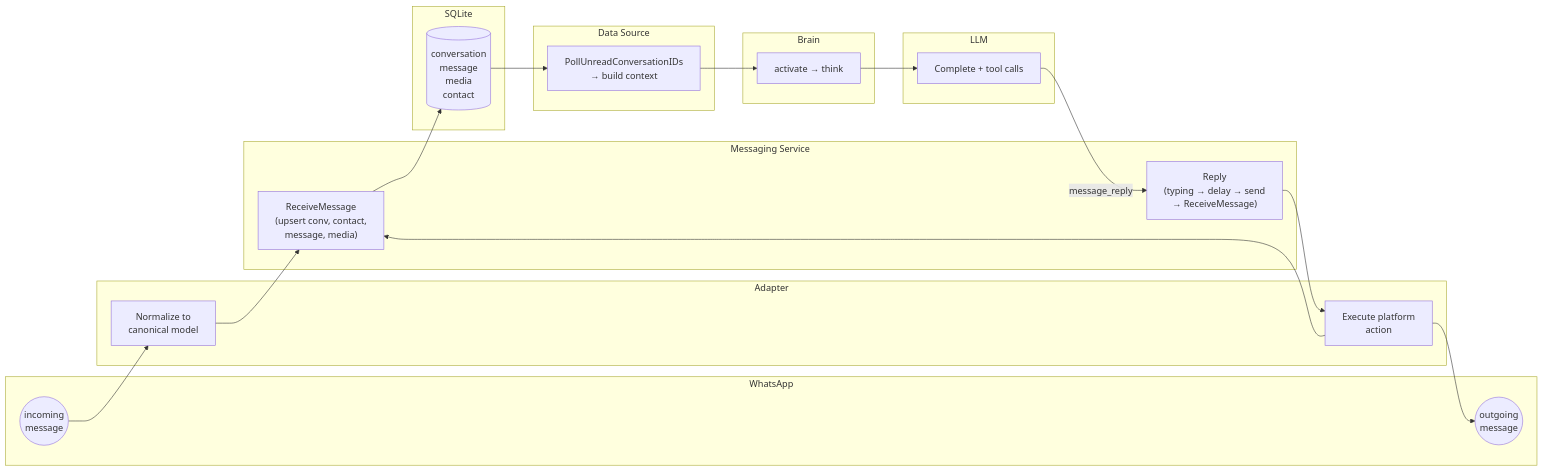
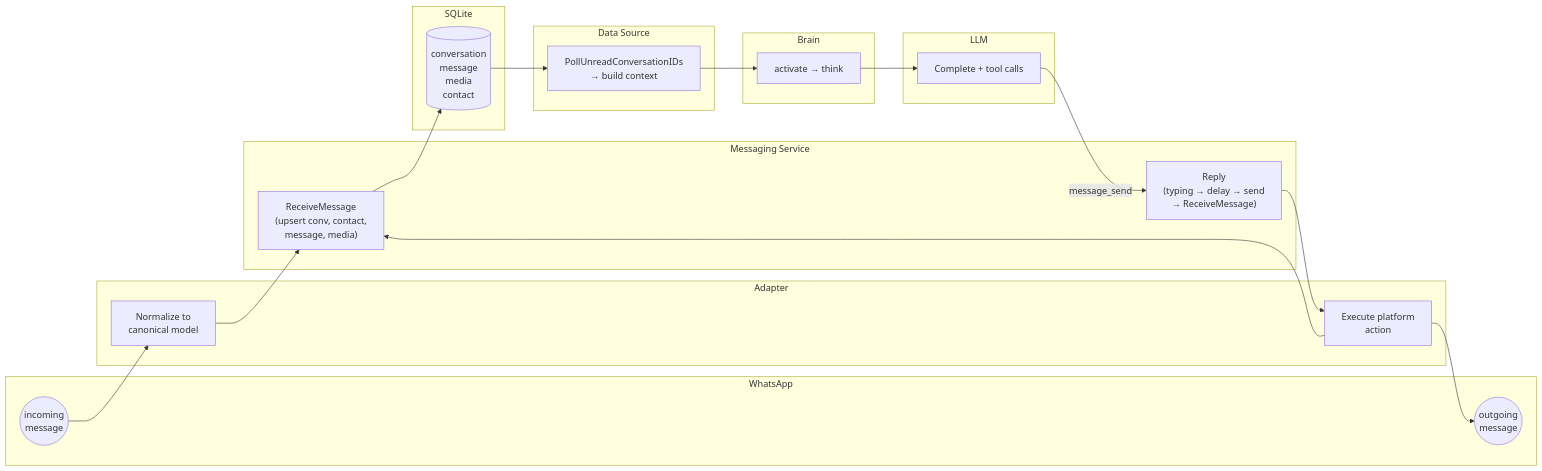
One commit to kilianc/nik changed the second of 2 diagrams in README.md. Above: the diagram before and after it, drawn with Mermaid. The commit also changed other lines of this file and 12 other files, not shown here.

First line of the commit message:
chore: rename message_reply to message_send

````diff
--- a/README.md
+++ b/README.md
@@ -108,38 +108,38 @@
 ```mermaid
 flowchart LR
     subgraph whatsapp [WhatsApp]
         WA_In(("incoming\nmessage"))
         WA_Out(("outgoing\nmessage"))
     end
 
     subgraph adapter [Adapter]
         Normalize["Normalize to\ncanonical model"]
         Execute["Execute platform\naction"]
     end
 
     subgraph service [Messaging Service]
         Receive["ReceiveMessage\n(upsert conv, contact,\nmessage, media)"]
         Reply["Reply\n(typing → delay → send\n→ ReceiveMessage)"]
     end
 
     subgraph db [SQLite]
         Tables[("conversation\nmessage\nmedia\ncontact")]
     end
 
     subgraph datasource [Data Source]
         Poll["PollUnreadConversationIDs\n→ build context"]
     end
 
     subgraph brainBox [Brain]
         BrainLoop["activate → think"]
     end
 
     subgraph llmBox [LLM]
         LLM_Complete["Complete + tool calls"]
     end
 
     WA_In --> Normalize --> Receive --> Tables
     Tables --> Poll --> BrainLoop --> LLM_Complete
-    LLM_Complete -- "message_reply" --> Reply --> Execute --> WA_Out
+    LLM_Complete -- "message_send" --> Reply --> Execute --> WA_Out
     Execute --> Receive
 ```
````
